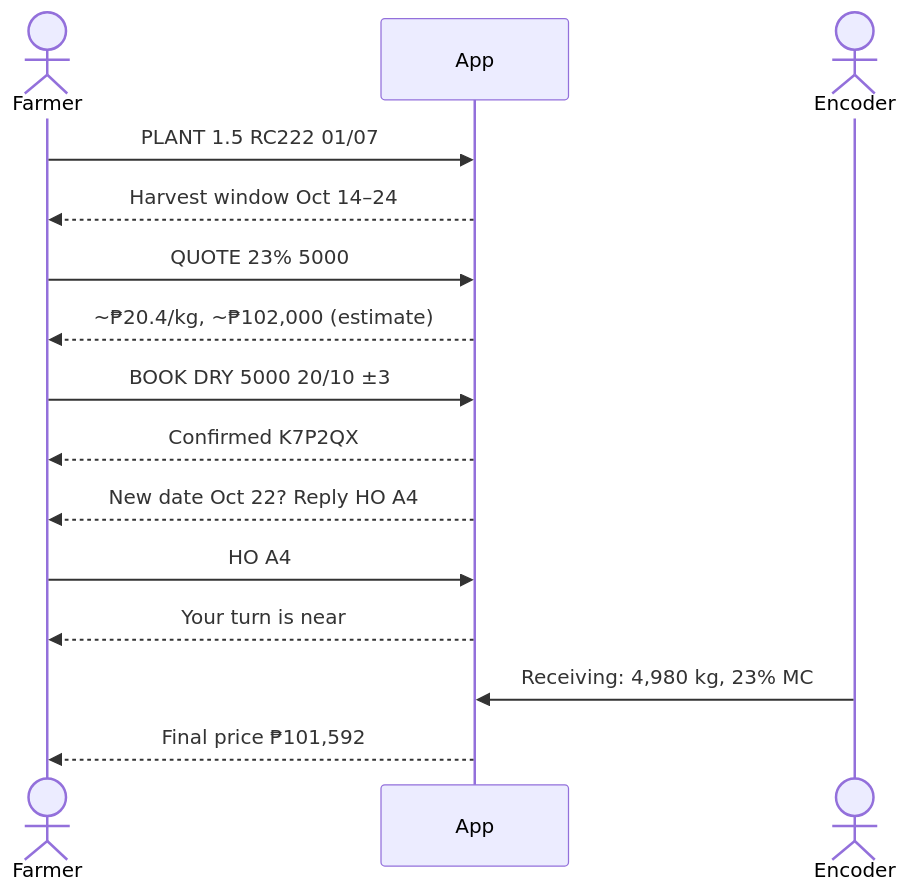
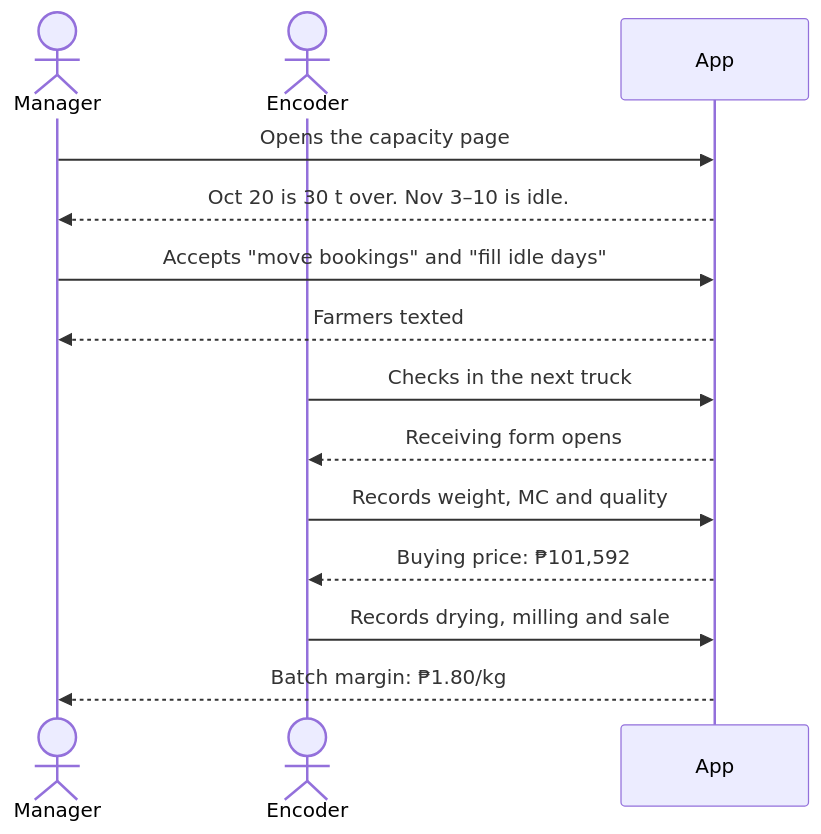
Before and after one commit to andrianllmm/hack-iloilo: the third of 6 diagrams in PRD.md, drawn with Mermaid. The commit also changed other lines of this file and 2 other files, not shown here.

````diff
--- a/PRD.md
+++ b/PRD.md
@@ -18,17 +47,16 @@
 ```mermaid
 sequenceDiagram
-  actor F as Farmer
+  actor M as Manager
+  actor E as Encoder
   participant A as App
-  actor E as Encoder
-  F->>A: PLANT 1.5 RC222 01/07
-  A-->>F: Harvest window Oct 14–24
-  F->>A: QUOTE 23% 5000
-  A-->>F: ~₱20.4/kg, ~₱102,000 (estimate)
-  F->>A: BOOK DRY 5000 20/10 ±3
-  A-->>F: Confirmed K7P2QX
-  A-->>F: New date Oct 22? Reply HO A4
-  F->>A: HO A4
-  A-->>F: Your turn is near
-  E->>A: Receiving: 4,980 kg, 23% MC
-  A-->>F: Final price ₱101,592
+  M->>A: Opens the capacity page
+  A-->>M: Oct 20 is 30 t over. Nov 3–10 is idle.
+  M->>A: Accepts "move bookings" and "fill idle days"
+  A-->>M: Farmers texted
+  E->>A: Checks in the next truck
+  A-->>E: Receiving form opens
+  E->>A: Records weight, MC and quality
+  A-->>E: Buying price: ₱101,592
+  E->>A: Records drying, milling and sale
+  A-->>M: Batch margin: ₱1.80/kg
 ```
````
